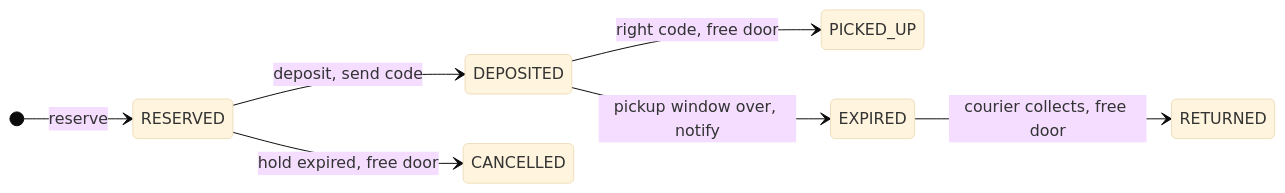
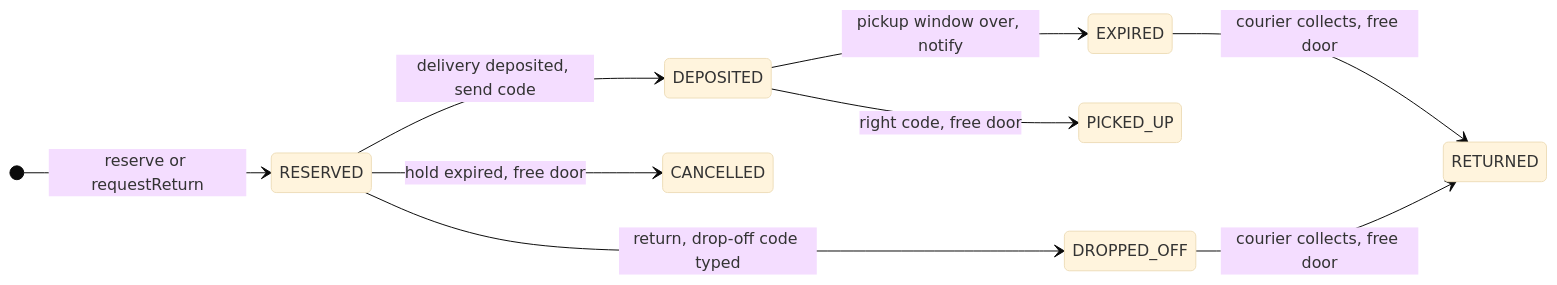
The tenth of 10 diagrams in lld/chapters/14-case-everyday-objects/STUDY.md (vsns11/interview_notes), drawn with Mermaid (base theme) before and after one commit. The commit also changed other lines of this file and 139 other files, not shown here.

````diff
--- a/lld/chapters/14-case-everyday-objects/STUDY.md
+++ b/lld/chapters/14-case-everyday-objects/STUDY.md
@@ -1637,10 +1640,12 @@
 ```mermaid
 stateDiagram-v2
     direction LR
-    [*] --> RESERVED : reserve
-    RESERVED --> DEPOSITED : deposit, send code
+    [*] --> RESERVED : reserve or requestReturn
+    RESERVED --> DEPOSITED : delivery deposited, send code
+    RESERVED --> DROPPED_OFF : return, drop-off code typed
     RESERVED --> CANCELLED : hold expired, free door
     DEPOSITED --> PICKED_UP : right code, free door
     DEPOSITED --> EXPIRED : pickup window over, notify
     EXPIRED --> RETURNED : courier collects, free door
+    DROPPED_OFF --> RETURNED : courier collects, free door
 ```
````
